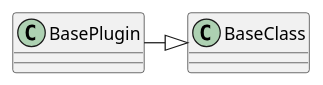
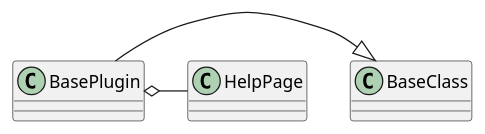
The diagram in arachneape/plugins/base_plugin.rst (russell-n/theape), drawn with PlantUML before and after one commit. The commit also changed 61 other files, not shown here.

```diff
--- a/arachneape/plugins/base_plugin.rst
+++ b/arachneape/plugins/base_plugin.rst
@@ -8,3 +8,4 @@
 .. uml::
 
    BasePlugin -|> BaseClass
+   BasePlugin o- HelpPage
```
